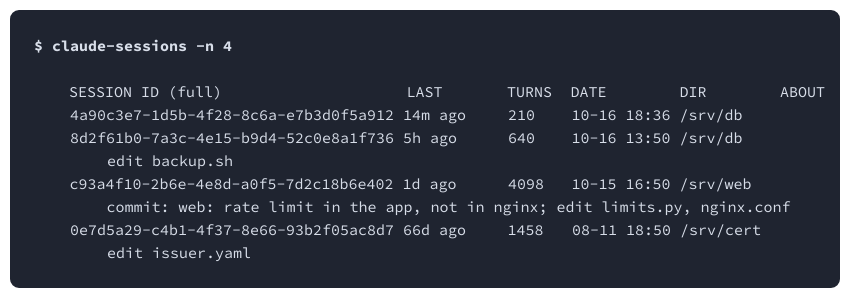
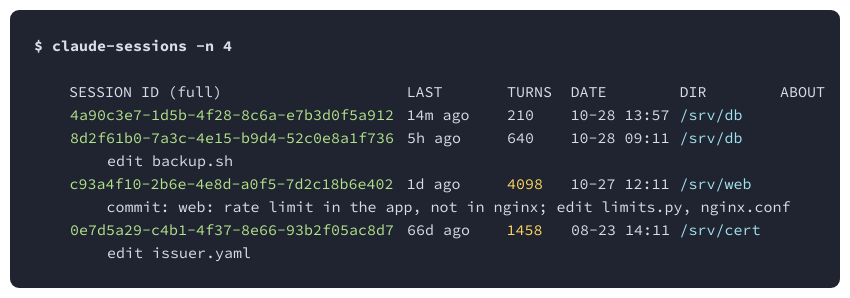
The diagram in docs/list.d2 (vadbosh/ide-sessions), drawn with D2 before and after one commit. The commit also changed 12 other files, not shown here.

```diff
--- a/docs/list.d2
+++ b/docs/list.d2
@@ -126,7 +126,7 @@
   }
   l4: "" {
     grid-rows: 1
-    grid-columns: 6
+    grid-columns: 8
     grid-gap: 0
     style: {fill: transparent; stroke-width: 0}
     c0: ' ' {
@@ -141,25 +141,37 @@
       label.near: center-left
       style: {fill: transparent; stroke-width: 0; font: mono; font-size: 15; font-color: "#d8dee9"; bold: false}
     }
-    c2: '4a90c3e7-1d5b-4f28-8c6a-e7b3d0f5a912 14m ago' {
-      width: 438
+    c2: '4a90c3e7-1d5b-4f28-8c6a-e7b3d0f5a912' {
+      width: 337
+      height: 23
+      label.near: center-left
+      style: {fill: transparent; stroke-width: 0; font: mono; font-size: 15; font-color: "#b5e48c"; bold: false}
+    }
+    c3: '14m ago' {
+      width: 100
       height: 23
       label.near: center-left
       style: {fill: transparent; stroke-width: 0; font: mono; font-size: 15; font-color: "#d8dee9"; bold: false}
     }
-    c3: '210' {
+    c4: '210' {
       width: 64
       height: 23
       label.near: center-left
       style: {fill: transparent; stroke-width: 0; font: mono; font-size: 15; font-color: "#d8dee9"; bold: false}
     }
-    c4: '10-16 18:36 /srv/db' {
-      width: 210
+    c5: '10-28 13:57' {
+      width: 109
       height: 23
       label.near: center-left
       style: {fill: transparent; stroke-width: 0; font: mono; font-size: 15; font-color: "#d8dee9"; bold: false}
     }
-    c5: ' ' {
+    c6: '/srv/db' {
+      width: 100
+      height: 23
+      label.near: center-left
+      style: {fill: transparent; stroke-width: 0; font: mono; font-size: 15; font-color: "#a3e4f0"; bold: false}
+    }
+    c7: ' ' {
       width: 18
       height: 23
       label.near: center-left
@@ -168,7 +180,7 @@
   }
   l5: "" {
     grid-rows: 1
-    grid-columns: 6
+    grid-columns: 8
     grid-gap: 0
     style: {fill: transparent; stroke-width: 0}
     c0: ' ' {
@@ -183,25 +195,37 @@
       label.near: center-left
       style: {fill: transparent; stroke-width: 0; font: mono; font-size: 15; font-color: "#d8dee9"; bold: false}
     }
-    c2: '8d2f61b0-7a3c-4e15-b9d4-52c0e8a1f736 5h ago' {
-      width: 438
+    c2: '8d2f61b0-7a3c-4e15-b9d4-52c0e8a1f736' {
+      width: 337
+      height: 23
+      label.near: center-left
+      style: {fill: transparent; stroke-width: 0; font: mono; font-size: 15; font-color: "#b5e48c"; bold: false}
+    }
+    c3: '5h ago' {
+      width: 100
       height: 23
       label.near: center-left
       style: {fill: transparent; stroke-width: 0; font: mono; font-size: 15; font-color: "#d8dee9"; bold: false}
     }
-    c3: '640' {
+    c4: '640' {
       width: 64
       height: 23
       label.near: center-left
       style: {fill: transparent; stroke-width: 0; font: mono; font-size: 15; font-color: "#d8dee9"; bold: false}
     }
-    c4: '10-16 13:50 /srv/db' {
-      width: 210
+    c5: '10-28 09:11' {
+      width: 109
       height: 23
       label.near: center-left
       style: {fill: transparent; stroke-width: 0; font: mono; font-size: 15; font-color: "#d8dee9"; bold: false}
     }
-    c5: ' ' {
+    c6: '/srv/db' {
+      width: 100
+      height: 23
+      label.near: center-left
+      style: {fill: transparent; stroke-width: 0; font: mono; font-size: 15; font-color: "#a3e4f0"; bold: false}
+    }
+    c7: ' ' {
       width: 18
       height: 23
       label.near: center-left
@@ -240,7 +264,7 @@
   }
   l7: "" {
     grid-rows: 1
-    grid-columns: 6
+    grid-columns: 8
     grid-gap: 0
     style: {fill: transparent; stroke-width: 0}
     c0: ' ' {
@@ -255,25 +279,37 @@
       label.near: center-left
       style: {fill: transparent; stroke-width: 0; font: mono; font-size: 15; font-color: "#d8dee9"; bold: false}
     }
-    c2: 'c93a4f10-2b6e-4e8d-a0f5-7d2c18b6e402 1d ago' {
-      width: 438
+    c2: 'c93a4f10-2b6e-4e8d-a0f5-7d2c18b6e402' {
+      width: 337
+      height: 23
+      label.near: center-left
+      style: {fill: transparent; stroke-width: 0; font: mono; font-size: 15; font-color: "#b5e48c"; bold: false}
+    }
+    c3: '1d ago' {
+      width: 100
       height: 23
       label.near: center-left
       style: {fill: transparent; stroke-width: 0; font: mono; font-size: 15; font-color: "#d8dee9"; bold: false}
     }
-    c3: '4098' {
+    c4: '4098' {
       width: 64
+      height: 23
+      label.near: center-left
+      style: {fill: transparent; stroke-width: 0; font: mono; font-size: 15; font-color: "#ffd75f"; bold: false}
+    }
+    c5: '10-27 12:11' {
+      width: 109
       height: 23
       label.near: center-left
       style: {fill: transparent; stroke-width: 0; font: mono; font-size: 15; font-color: "#d8dee9"; bold: false}
     }
-    c4: '10-15 16:50 /srv/web' {
-      width: 210
+    c6: '/srv/web' {
+      width: 100
       height: 23
       label.near: center-left
-      style: {fill: transparent; stroke-width: 0; font: mono; font-size: 15; font-color: "#d8dee9"; bold: false}
+      style: {fill: transparent; stroke-width: 0; font: mono; font-size: 15; font-color: "#a3e4f0"; bold: false}
     }
-    c5: ' ' {
+    c7: ' ' {
       width: 18
       height: 23
       label.near: center-left
@@ -312,7 +348,7 @@
   }
   l9: "" {
     grid-rows: 1
-    grid-columns: 6
+    grid-columns: 8
     grid-gap: 0
     style: {fill: transparent; stroke-width: 0}
     c0: ' ' {
@@ -327,25 +363,37 @@
       label.near: center-left
       style: {fill: transparent; stroke-width: 0; font: mono; font-size: 15; font-color: "#d8dee9"; bold: false}
     }
-    c2: '0e7d5a29-c4b1-4f37-8e66-93b2f05ac8d7 66d ago' {
-      width: 438
+    c2: '0e7d5a29-c4b1-4f37-8e66-93b2f05ac8d7' {
+      width: 337
+      height: 23
+      label.near: center-left
+      style: {fill: transparent; stroke-width: 0; font: mono; font-size: 15; font-color: "#b5e48c"; bold: false}
+    }
+    c3: '66d ago' {
+      width: 100
       height: 23
       label.near: center-left
       style: {fill: transparent; stroke-width: 0; font: mono; font-size: 15; font-color: "#d8dee9"; bold: false}
     }
-    c3: '1458' {
+    c4: '1458' {
       width: 64
+      height: 23
+      label.near: center-left
+      style: {fill: transparent; stroke-width: 0; font: mono; font-size: 15; font-color: "#ffd75f"; bold: false}
+    }
+    c5: '08-23 14:11' {
+      width: 109
       height: 23
       label.near: center-left
       style: {fill: transparent; stroke-width: 0; font: mono; font-size: 15; font-color: "#d8dee9"; bold: false}
     }
-    c4: '08-11 18:50 /srv/cert' {
-      width: 210
+    c6: '/srv/cert' {
+      width: 100
       height: 23
       label.near: center-left
-      style: {fill: transparent; stroke-width: 0; font: mono; font-size: 15; font-color: "#d8dee9"; bold: false}
+      style: {fill: transparent; stroke-width: 0; font: mono; font-size: 15; font-color: "#a3e4f0"; bold: false}
     }
-    c5: ' ' {
+    c7: ' ' {
       width: 18
       height: 23
       label.near: center-left
```
